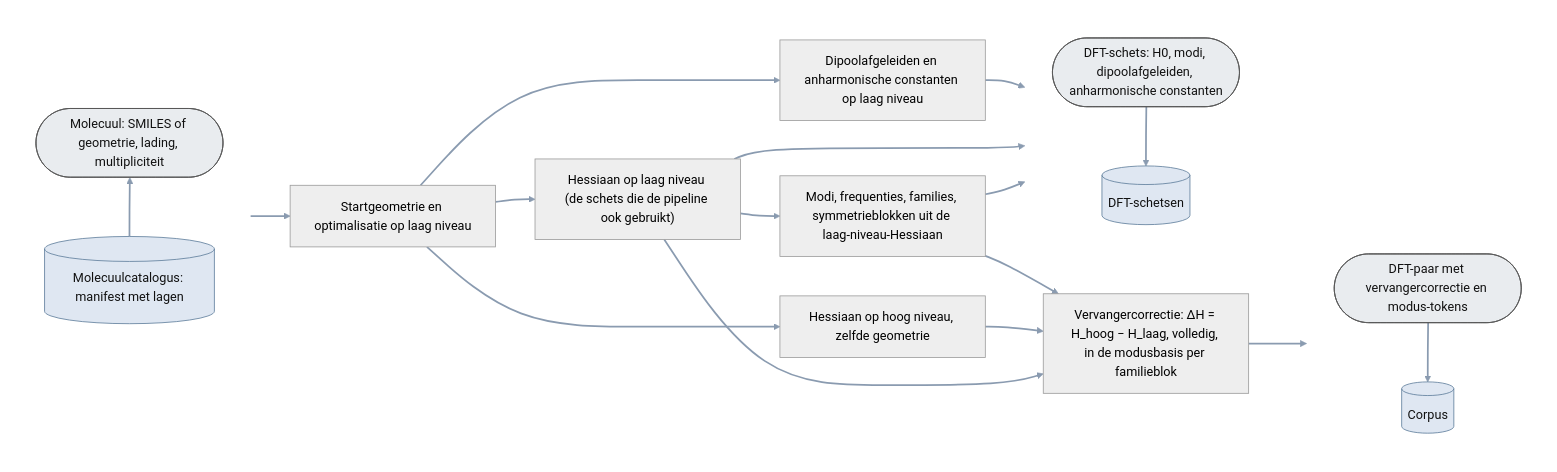
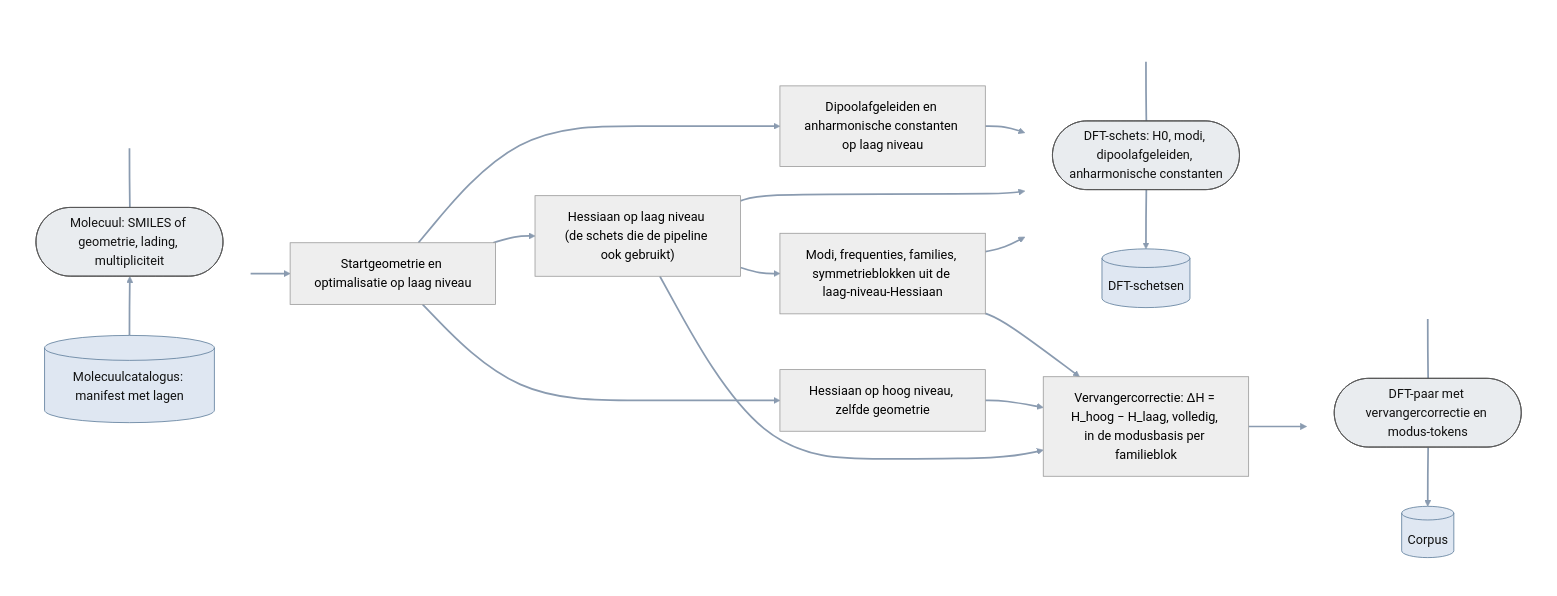
Before and after one commit to thebreadishard/udacity-capstone-plan: the diagram in plans/05_delta-probed-ir-pipeline/GoalGathering/architecture/11_datacreatie_corpus.mmd, drawn with Mermaid (neutral theme). The commit also changed 5 other files, not shown here.

Commit message:
Plan 05 architecture: invisible spacer above each data object so it aligns with the neighbouring step (store below); pipeline sheet without the model store and its data object (steps only)

```diff
--- a/plans/05_delta-probed-ir-pipeline/GoalGathering/architecture/11_datacreatie_corpus.mmd
+++ b/plans/05_delta-probed-ir-pipeline/GoalGathering/architecture/11_datacreatie_corpus.mmd
@@ -1,44 +1,53 @@
 %% Datacreatie — het corpus: twee DFT-Hessianen per molecuul en wat eruit volgt (niveau 3).
 %% Rechthoek = processtap; ronde uiteinden = data-object; cilinder = opslag (onder het data-object). Alles bestaat.
 flowchart LR
   linkStyle default stroke:#8a9bb0,stroke-width:2.2px
   classDef data fill:#e9ecef,stroke:#555,color:#111
   classDef store fill:#dfe7f2,stroke:#5b7a99,color:#111
 
   subgraph IN [" "]
     direction BT
     MOL(["Molecuul: SMILES of geometrie, lading, multipliciteit"]):::data
     CAT[("Molecuulcatalogus: manifest met lagen")]:::store
     CAT --> MOL
+    SP0[" "]
+    MOL ~~~ SP0
   end
+  style SP0 fill:none,stroke:none,color:transparent
   GEO["Startgeometrie en optimalisatie op laag niveau"]
   HLO["Hessiaan op laag niveau (de schets die de pipeline ook gebruikt)"]
   HHI["Hessiaan op hoog niveau, zelfde geometrie"]
   DIP["Dipoolafgeleiden en anharmonische constanten op laag niveau"]
   MODES["Modi, frequenties, families, symmetrieblokken uit de laag-niveau-Hessiaan"]
   PROXY["Vervangercorrectie: ΔH = H_hoog − H_laag, volledig, in de modusbasis per familieblok"]
   subgraph OUT1 [" "]
     direction TB
     PAIR(["DFT-paar met vervangercorrectie en modus-tokens"]):::data
     CORPUS[("Corpus")]:::store
     PAIR --> CORPUS
+    SP1[" "]
+    SP1 ~~~ PAIR
   end
+  style SP1 fill:none,stroke:none,color:transparent
   subgraph OUT2 [" "]
     direction TB
     SK(["DFT-schets: H0, modi, dipoolafgeleiden, anharmonische constanten"]):::data
     SKETCHES[("DFT-schetsen")]:::store
     SK --> SKETCHES
+    SP2[" "]
+    SP2 ~~~ SK
   end
+  style SP2 fill:none,stroke:none,color:transparent
   style IN fill:none,stroke:none
   style OUT1 fill:none,stroke:none
   style OUT2 fill:none,stroke:none
 
   IN --> GEO --> HLO --> MODES
   GEO --> HHI
   GEO --> DIP
   HLO --> PROXY
   HHI --> PROXY
   MODES --> PROXY --> OUT1
   MODES --> OUT2
   HLO --> OUT2
   DIP --> OUT2
```
